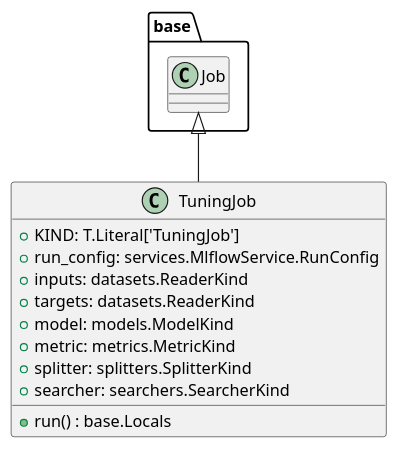
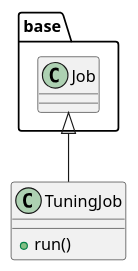
One commit to lgcorzo/llmops-python-package changed the diagram in openwiki/src/autogen_team/application/jobs/tuning.md. Above: the diagram before and after it, drawn with PlantUML. The commit also changed other lines of this file and 77 other files, not shown here.

````diff
--- a/openwiki/src/autogen_team/application/jobs/tuning.md
+++ b/openwiki/src/autogen_team/application/jobs/tuning.md
@@ -57,16 +97,8 @@
 ```plantuml
 @startuml
-    base.Job <|-- TuningJob
-    class TuningJob {
-        +KIND: T.Literal['TuningJob']
-        +run_config: services.MlflowService.RunConfig
-        +inputs: datasets.ReaderKind
-        +targets: datasets.ReaderKind
-        +model: models.ModelKind
-        +metric: metrics.MetricKind
-        +splitter: splitters.SplitterKind
-        +searcher: searchers.SearcherKind
-        +run() : base.Locals
-    }
+class TuningJob {
+  + run()
+}
+base.Job <|-- TuningJob
 @enduml
 ```
````
